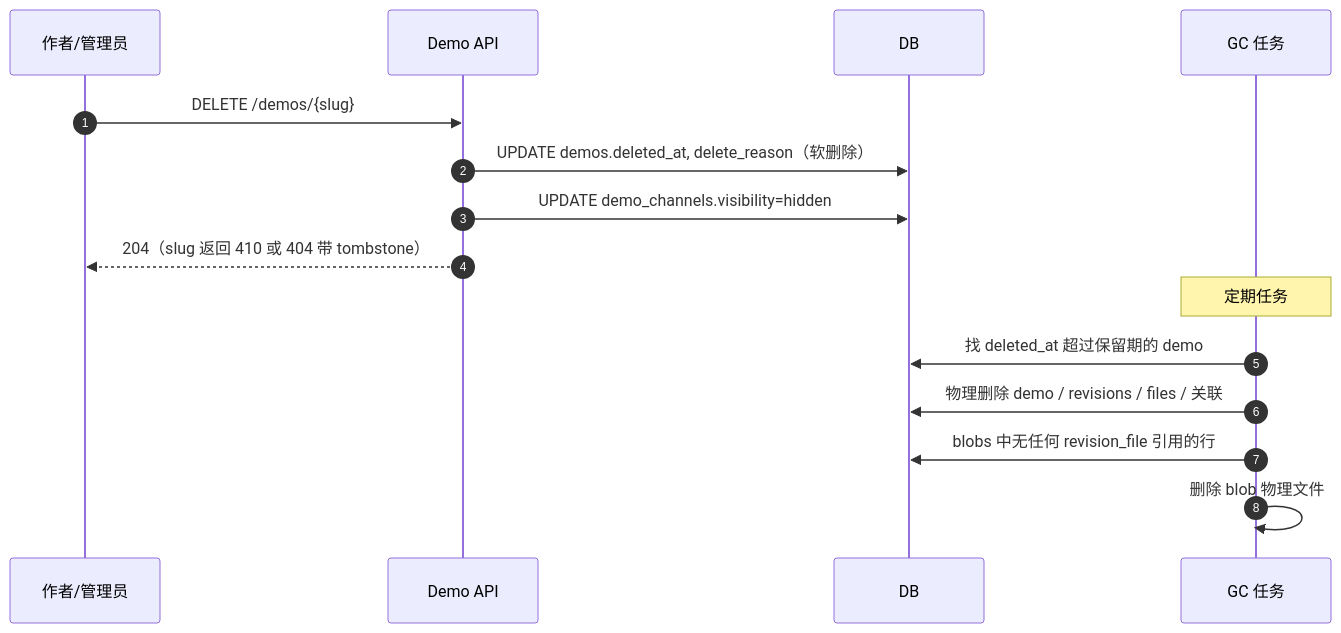
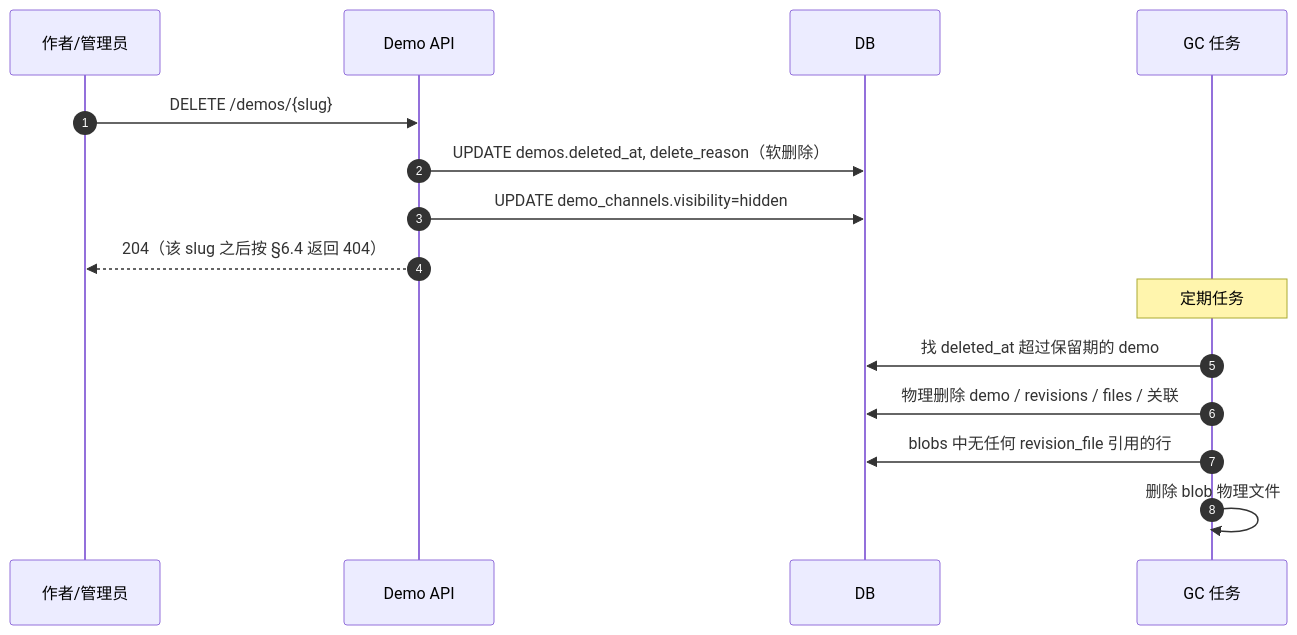
Before and after one commit to deepdemos/ds-demos-showcase: diagram 15 of 16 in docs/Demo域设计.md, drawn with Mermaid. The commit also changed other lines of this file and 36 other files, not shown here.

````diff
--- a/docs/Demo域设计.md
+++ b/docs/Demo域设计.md
@@ -749,19 +908,19 @@
 ```mermaid
 sequenceDiagram
     autonumber
     participant U as 作者/管理员
     participant R as Demo API
     participant DB as DB
     participant G as GC 任务
 
     U->>R: DELETE /demos/{slug}
     R->>DB: UPDATE demos.deleted_at, delete_reason（软删除）
     R->>DB: UPDATE demo_channels.visibility=hidden
-    R-->>U: 204（slug 返回 410 或 404 带 tombstone）
+    R-->>U: 204（该 slug 之后按 §6.4 返回 404）
 
     Note over G: 定期任务
     G->>DB: 找 deleted_at 超过保留期的 demo
     G->>DB: 物理删除 demo / revisions / files / 关联
     G->>DB: blobs 中无任何 revision_file 引用的行
     G->>G: 删除 blob 物理文件
 ```
````
